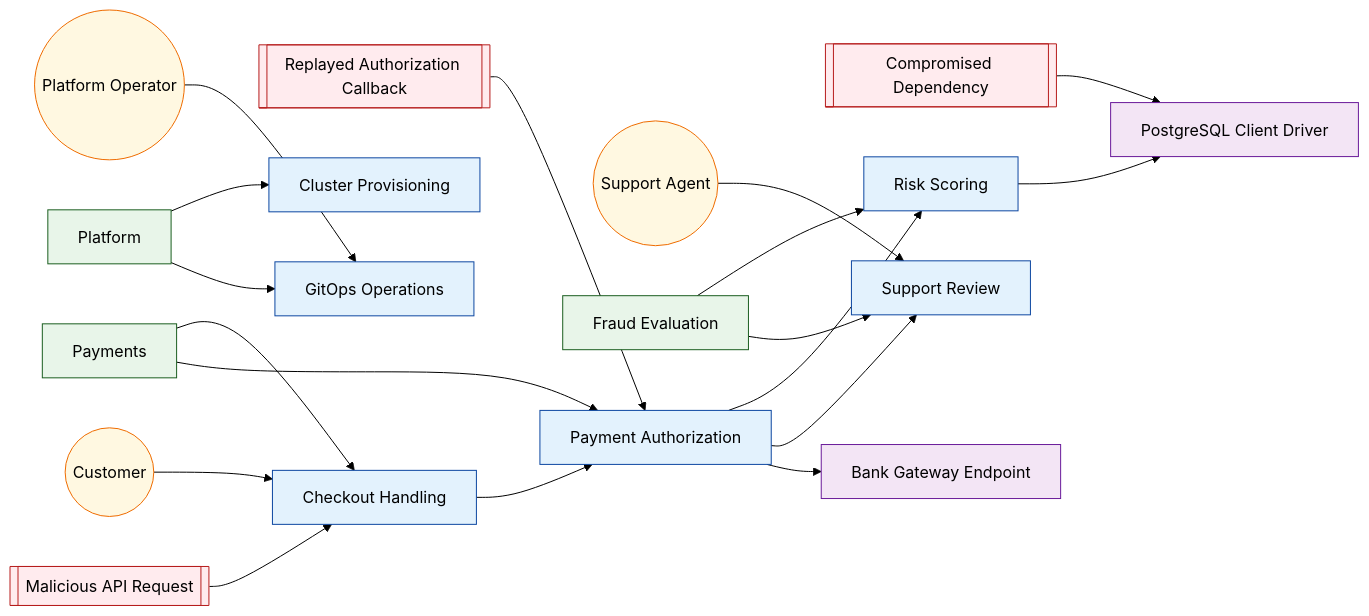
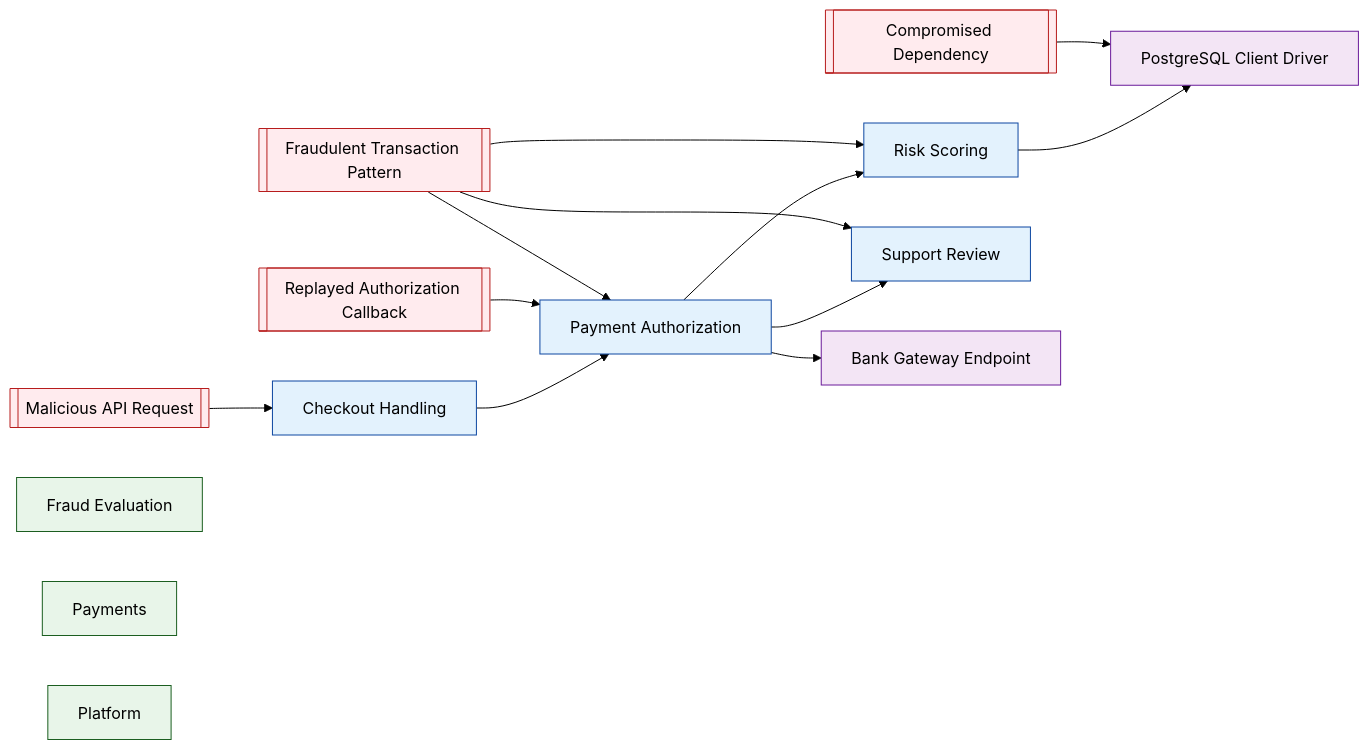
The diagram in examples/payments-engineering-sample/generated/VIEW-SECURITY.mmd (labeth/engineering-model-go), drawn with Mermaid (forest theme) before and after one commit. The commit also changed 48 other files, not shown here.

Commit message:
added flow view

```diff
--- a/examples/payments-engineering-sample/generated/VIEW-SECURITY.mmd
+++ b/examples/payments-engineering-sample/generated/VIEW-SECURITY.mmd
@@ -1,42 +1,41 @@
 flowchart LR
 %% view: VIEW-SECURITY (security)
-N_ACT_CUSTOMER(("Customer")):::actor
-N_ACT_PLATFORM_OPERATOR(("Platform Operator")):::actor
-N_ACT_SUPPORT(("Support Agent")):::actor
 N_AV_COMPROMISED_DEPENDENCY[["Compromised Dependency"]]:::attack_vector
+N_AV_FRAUDULENT_TRANSACTION_PATTERN[["Fraudulent Transaction Pattern"]]:::attack_vector
 N_AV_MALICIOUS_API_REQUEST[["Malicious API Request"]]:::attack_vector
 N_AV_REPLAYED_AUTH_CALLBACK[["Replayed Authorization Callback"]]:::attack_vector
 N_FG_FRAUD["Fraud Evaluation"]:::functional_group
 N_FG_PAYMENTS["Payments"]:::functional_group
 N_FG_PLATFORM["Platform"]:::functional_group
 N_FU_CHECKOUT["Checkout Handling"]:::functional_unit
-N_FU_CLUSTER_PROVISIONING["Cluster Provisioning"]:::functional_unit
-N_FU_GITOPS_OPERATIONS["GitOps Operations"]:::functional_unit
 N_FU_PAYMENT_AUTHORIZATION["Payment Authorization"]:::functional_unit
 N_FU_RISK_SCORING["Risk Scoring"]:::functional_unit
 N_FU_SUPPORT_REVIEW["Support Review"]:::functional_unit
 N_REF_BANK_GATEWAY_ENDPOINT["Bank Gateway Endpoint"]:::referenced_element
 N_REF_POSTGRES_DRIVER["PostgreSQL Client Driver"]:::referenced_element
-N_ACT_CUSTOMER --> N_FU_CHECKOUT
-N_ACT_PLATFORM_OPERATOR --> N_FU_GITOPS_OPERATIONS
-N_ACT_SUPPORT --> N_FU_SUPPORT_REVIEW
 N_AV_COMPROMISED_DEPENDENCY --> N_REF_POSTGRES_DRIVER
+N_AV_FRAUDULENT_TRANSACTION_PATTERN --> N_FU_PAYMENT_AUTHORIZATION
+N_AV_FRAUDULENT_TRANSACTION_PATTERN --> N_FU_RISK_SCORING
+N_AV_FRAUDULENT_TRANSACTION_PATTERN --> N_FU_SUPPORT_REVIEW
 N_AV_MALICIOUS_API_REQUEST --> N_FU_CHECKOUT
 N_AV_REPLAYED_AUTH_CALLBACK --> N_FU_PAYMENT_AUTHORIZATION
-N_FG_FRAUD --> N_FU_RISK_SCORING
-N_FG_FRAUD --> N_FU_SUPPORT_REVIEW
-N_FG_PAYMENTS --> N_FU_CHECKOUT
-N_FG_PAYMENTS --> N_FU_PAYMENT_AUTHORIZATION
-N_FG_PLATFORM --> N_FU_CLUSTER_PROVISIONING
-N_FG_PLATFORM --> N_FU_GITOPS_OPERATIONS
 N_FU_CHECKOUT --> N_FU_PAYMENT_AUTHORIZATION
 N_FU_PAYMENT_AUTHORIZATION --> N_FU_RISK_SCORING
 N_FU_PAYMENT_AUTHORIZATION --> N_FU_SUPPORT_REVIEW
 N_FU_PAYMENT_AUTHORIZATION --> N_REF_BANK_GATEWAY_ENDPOINT
 N_FU_RISK_SCORING --> N_REF_POSTGRES_DRIVER
 classDef functional_group fill:#e8f5e9,stroke:#1b5e20,stroke-width:1px;
 classDef functional_unit fill:#e3f2fd,stroke:#0d47a1,stroke-width:1px;
 classDef actor fill:#fff8e1,stroke:#ef6c00,stroke-width:1px;
 classDef attack_vector fill:#ffebee,stroke:#b71c1c,stroke-width:1px;
 classDef referenced_element fill:#f3e5f5,stroke:#6a1b9a,stroke-width:1px;
+classDef interface fill:#e8f5e9,stroke:#2e7d32,stroke-width:1px;
+classDef data_object fill:#fff3e0,stroke:#ef6c00,stroke-width:1px;
+classDef deployment_target fill:#ede7f6,stroke:#5e35b1,stroke-width:1px;
+classDef control fill:#fce4ec,stroke:#ad1457,stroke-width:1px;
+classDef trust_boundary fill:#e0f7fa,stroke:#006064,stroke-width:1px;
+classDef state fill:#e1f5fe,stroke:#0277bd,stroke-width:1px;
+classDef event fill:#fffde7,stroke:#f9a825,stroke-width:1px;
+classDef flow fill:#ede7f6,stroke:#4527a0,stroke-width:1px;
+classDef flow_step fill:#f1f8e9,stroke:#33691e,stroke-width:1px;
 classDef unknown fill:#ffffff,stroke:#adb5bd,stroke-width:1px;
```
